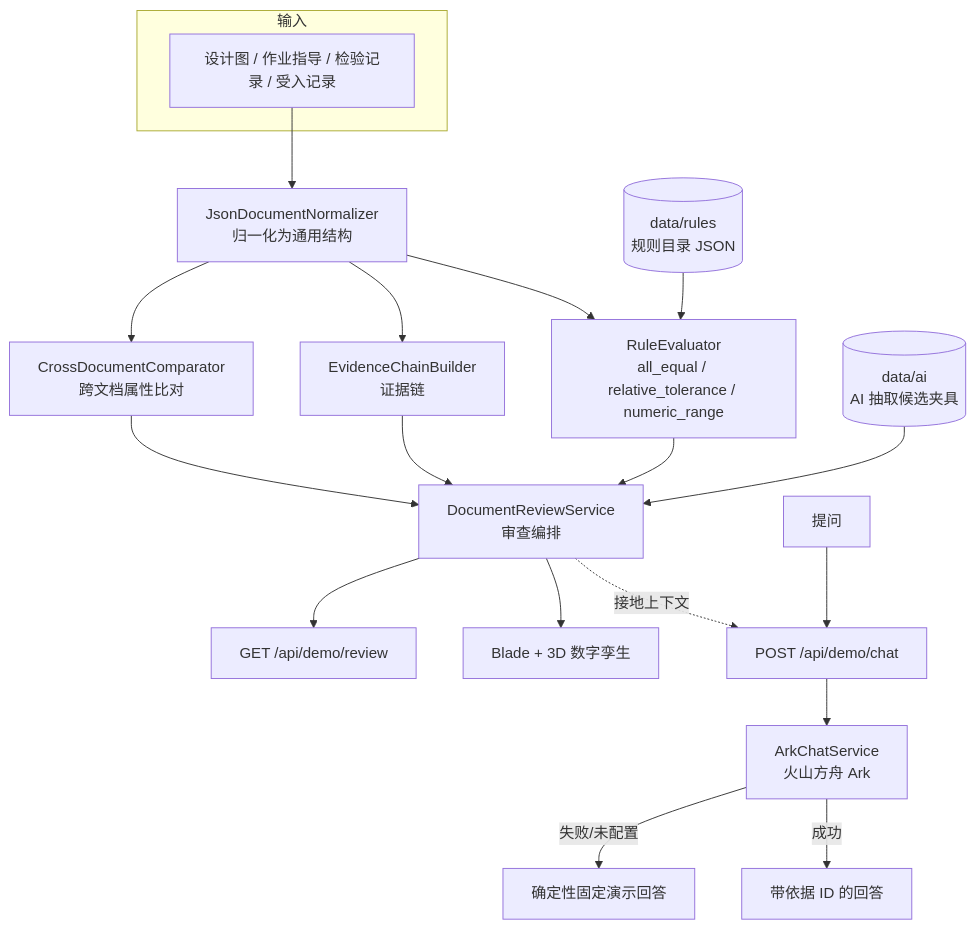
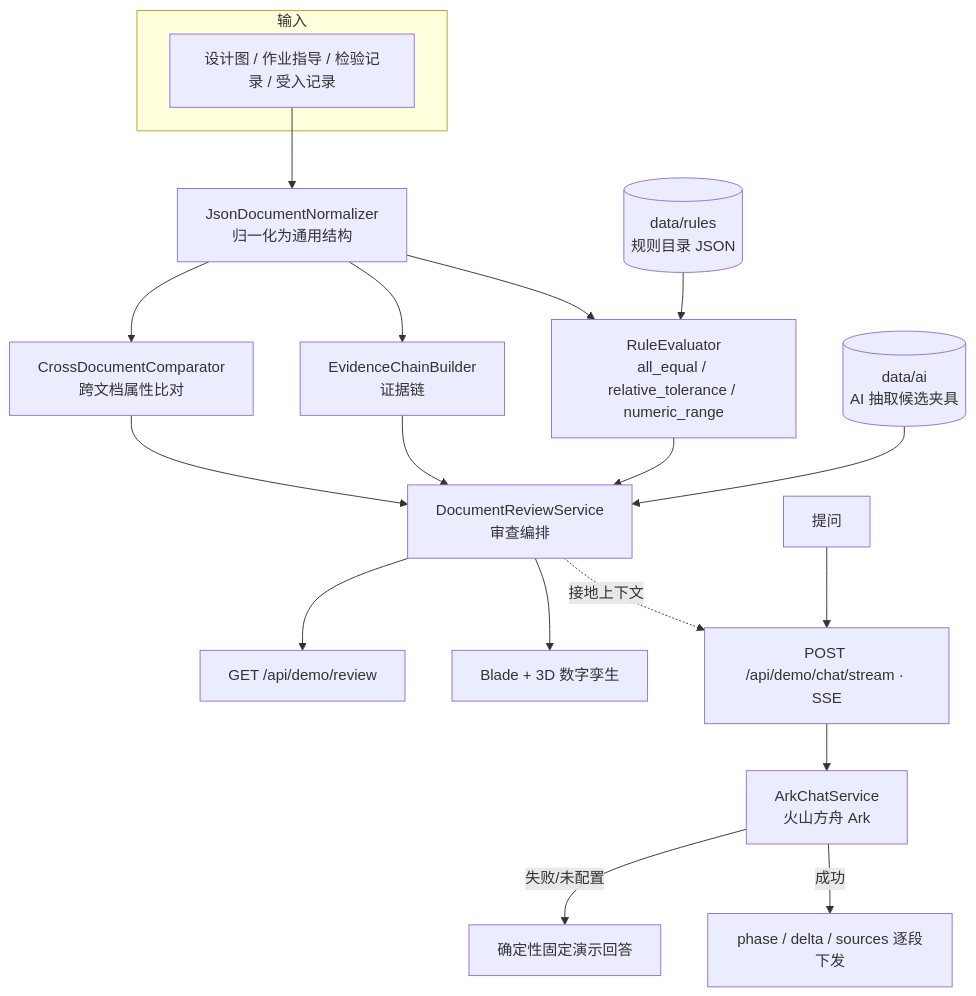
Before and after one commit to moseszhu999/technical-document-review-demo: the diagram in README.zh-CN.md, drawn with Mermaid. The commit also changed other lines of this file and 17 other files, not shown here.

First line of the commit message:
feat: stream grounded AI answers via SSE, add Render blueprint, embed demo GIF

````diff
--- a/README.zh-CN.md
+++ b/README.zh-CN.md
@@ -43,27 +43,27 @@
 ```mermaid
 flowchart TD
     subgraph 输入
         D[设计图 / 作业指导 / 检验记录 / 受入记录]
     end
 
     D --> N[JsonDocumentNormalizer<br/>归一化为通用结构]
     N --> C[CrossDocumentComparator<br/>跨文档属性比对]
     N --> E[EvidenceChainBuilder<br/>证据链]
 
     RC[(data/rules<br/>规则目录 JSON)] --> R[RuleEvaluator<br/>all_equal / relative_tolerance / numeric_range]
     N --> R
 
     AC[(data/ai<br/>AI 抽取候选夹具)] --> S[DocumentReviewService<br/>审查编排]
     C --> S
     R --> S
     E --> S
 
     S --> API[GET /api/demo/review]
     S --> UI[Blade + 3D 数字孪生]
 
-    Q[提问] --> CHAT[POST /api/demo/chat]
+    Q[提问] --> CHAT[POST /api/demo/chat/stream · SSE]
     S -. 接地上下文 .-> CHAT
     CHAT --> ARK[ArkChatService<br/>火山方舟 Ark]
     ARK -- 失败/未配置 --> FB[确定性固定演示回答]
-    ARK -- 成功 --> ANS[带依据 ID 的回答]
+    ARK -- 成功 --> ANS[phase / delta / sources 逐段下发]
 ```
````
